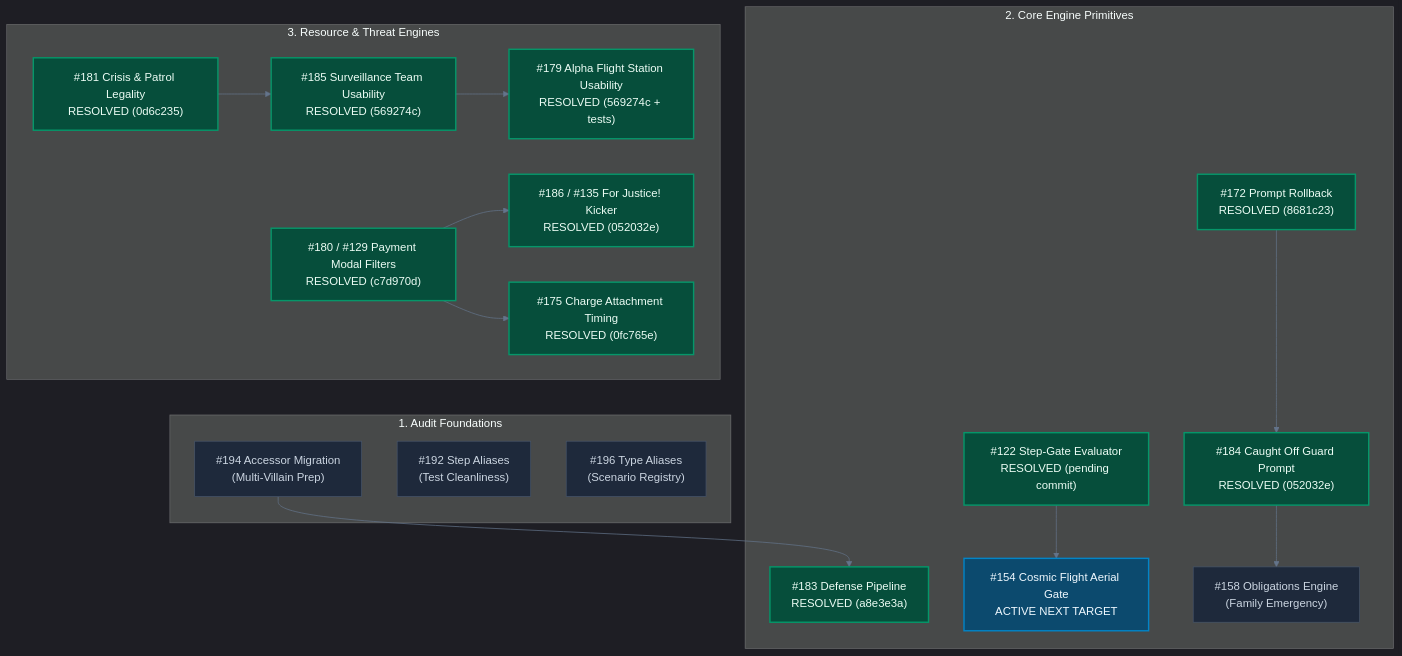
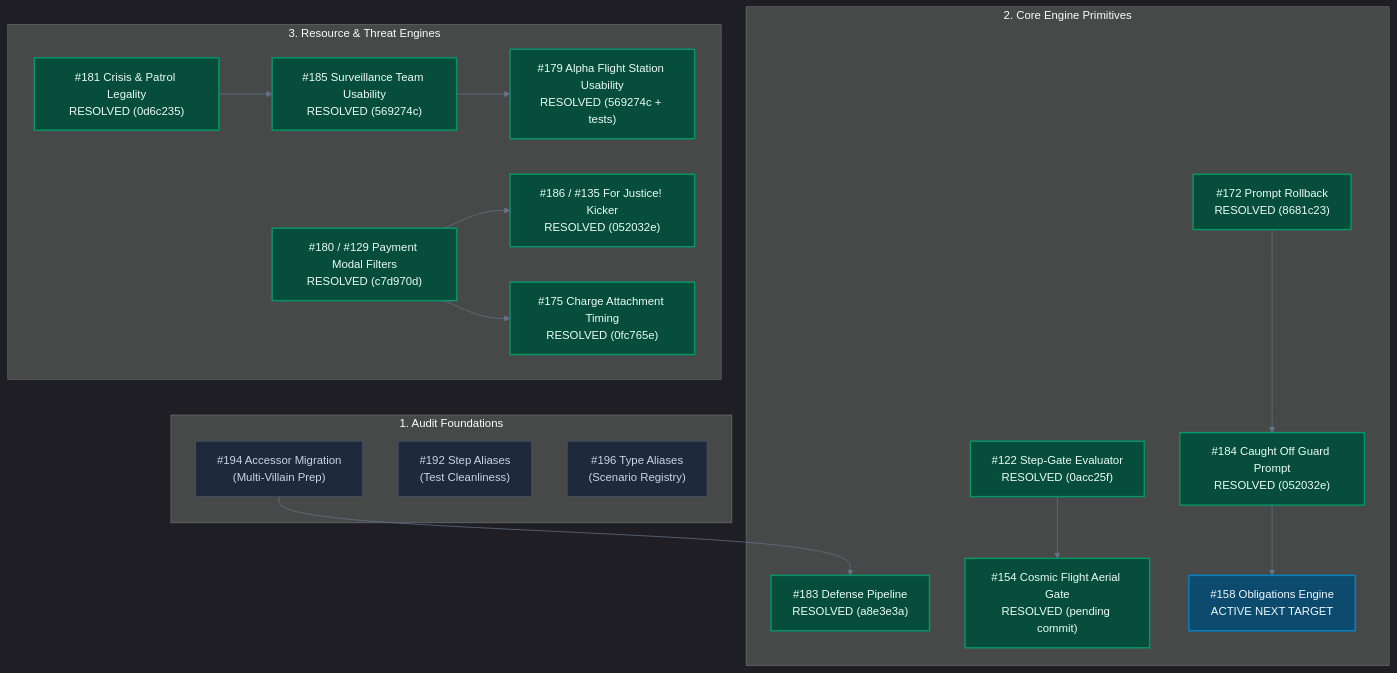
One commit to SteveRodrigue/MCD changed the diagram in docs/backlog/teamwork_status_and_next_target.md. Above: the diagram before and after it, drawn with Mermaid. The commit also changed other lines of this file and 12 other files, not shown here.

First line of the commit message:
fix(engine): Honor step gates on ADD_TRAIT; gate Cosmic Flight Aerial (Fixes #154)

````diff
--- a/docs/backlog/teamwork_status_and_next_target.md
+++ b/docs/backlog/teamwork_status_and_next_target.md
@@ -23,46 +23,46 @@
 ```mermaid
 %%{init: {'theme': 'dark', 'themeVariables': { 'darkMode': true, 'background': '#0b0f19', 'primaryColor': '#1e293b', 'primaryTextColor': '#f8fafc', 'primaryBorderColor': '#475569', 'lineColor': '#64748b', 'secondaryColor': '#0f172a', 'tertiaryColor': '#1e293b' }}}%%
 flowchart TD
     subgraph AuditFoundations["1. Audit Foundations"]
         I194["#194 Accessor Migration<br/>(Multi-Villain Prep)"]
         I192["#192 Step Aliases<br/>(Test Cleanliness)"]
         I196["#196 Type Aliases<br/>(Scenario Registry)"]
     end
 
     subgraph CoreEngine["2. Core Engine Primitives"]
         I183["#183 Defense Pipeline<br/>RESOLVED (a8e3e3a)"]
         I172["#172 Prompt Rollback<br/>RESOLVED (8681c23)"]
         I184["#184 Caught Off Guard Prompt<br/>RESOLVED (052032e)"]
-        I122["#122 Step-Gate Evaluator<br/>RESOLVED (pending commit)"]
-        I154["#154 Cosmic Flight Aerial Gate<br/>ACTIVE NEXT TARGET"]
-        I158["#158 Obligations Engine<br/>(Family Emergency)"]
+        I122["#122 Step-Gate Evaluator<br/>RESOLVED (0acc25f)"]
+        I154["#154 Cosmic Flight Aerial Gate<br/>RESOLVED (pending commit)"]
+        I158["#158 Obligations Engine<br/>ACTIVE NEXT TARGET"]
     end
 
     subgraph ResourceThreat["3. Resource & Threat Engines"]
         I181["#181 Crisis & Patrol Legality<br/>RESOLVED (0d6c235)"]
         I186["#186 / #135 For Justice! Kicker<br/>RESOLVED (052032e)"]
         I180["#180 / #129 Payment Modal Filters<br/>RESOLVED (c7d970d)"]
         I185["#185 Surveillance Team Usability<br/>RESOLVED (569274c)"]
         I179["#179 Alpha Flight Station Usability<br/>RESOLVED (569274c + tests)"]
         I175["#175 Charge Attachment Timing<br/>RESOLVED (0fc765e)"]
     end
 
     %% Dependencies & Flows
     I194 --> I183
     I172 --> I184
     I184 --> I158
     I122 --> I154
     I181 --> I185
     I185 --> I179
     I180 --> I186
     I180 --> I175
 
     %% Dark Mode Styles
     classDef resolved fill:#064e3b,stroke:#059669,stroke-width:2px,color:#ecfdf5;
     classDef active fill:#0c4a6e,stroke:#0284c7,stroke-width:2px,color:#f0f9ff;
     classDef open fill:#1e293b,stroke:#475569,stroke-width:1px,color:#cbd5e1;
 
-    class I183,I172,I184,I181,I186,I185,I179,I180,I175,I122 resolved;
-    class I154 active;
-    class I194,I192,I196,I158 open;
+    class I183,I172,I184,I181,I186,I185,I179,I180,I175,I122,I154 resolved;
+    class I158 active;
+    class I194,I192,I196 open;
 ```
````
